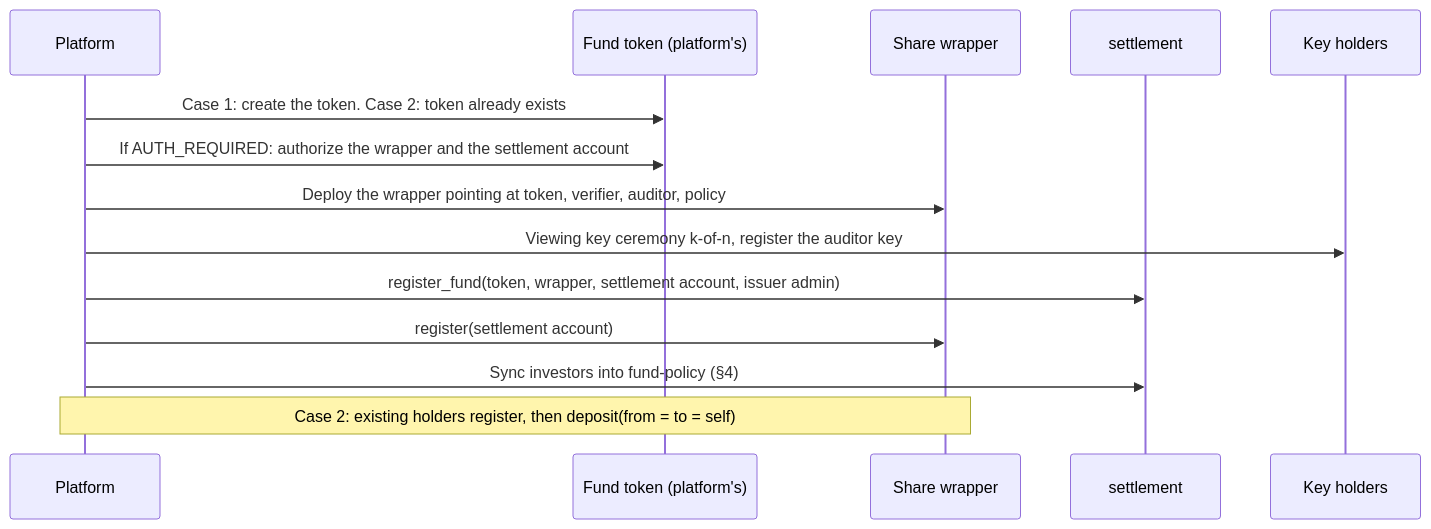
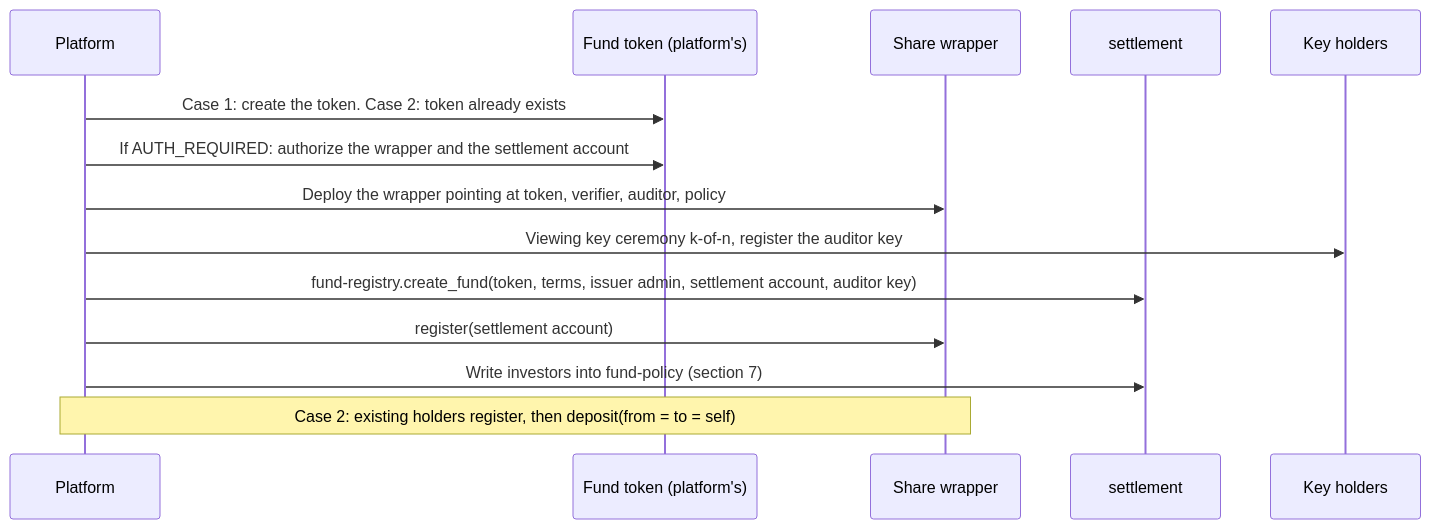
One commit to SentinelLab-VN/Cell-Seal-TDD changed the diagram in docs/integration.md. Above: the diagram before and after it, drawn with Mermaid. The commit also changed other lines of this file and 16 other files, not shown here.

````diff
--- a/docs/integration.md
+++ b/docs/integration.md
@@ -51,16 +53,16 @@
 ```mermaid
 sequenceDiagram
     participant P as Platform
     participant T as Fund token (platform's)
     participant W as Share wrapper
     participant S as settlement
     participant K as Key holders
     P->>T: Case 1: create the token. Case 2: token already exists
     P->>T: If AUTH_REQUIRED: authorize the wrapper and the settlement account
     P->>W: Deploy the wrapper pointing at token, verifier, auditor, policy
     P->>K: Viewing key ceremony k-of-n, register the auditor key
-    P->>S: register_fund(token, wrapper, settlement account, issuer admin)
+    P->>S: fund-registry.create_fund(token, terms, issuer admin, settlement account, auditor key)
     P->>W: register(settlement account)
-    P->>S: Sync investors into fund-policy (§4)
+    P->>S: Write investors into fund-policy (section 7)
     Note over P,W: Case 2: existing holders register, then deposit(from = to = self)
 ```
````
